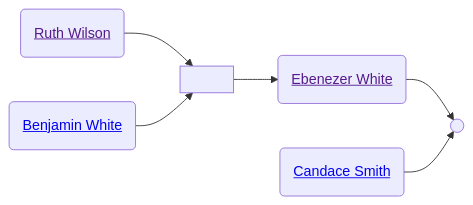
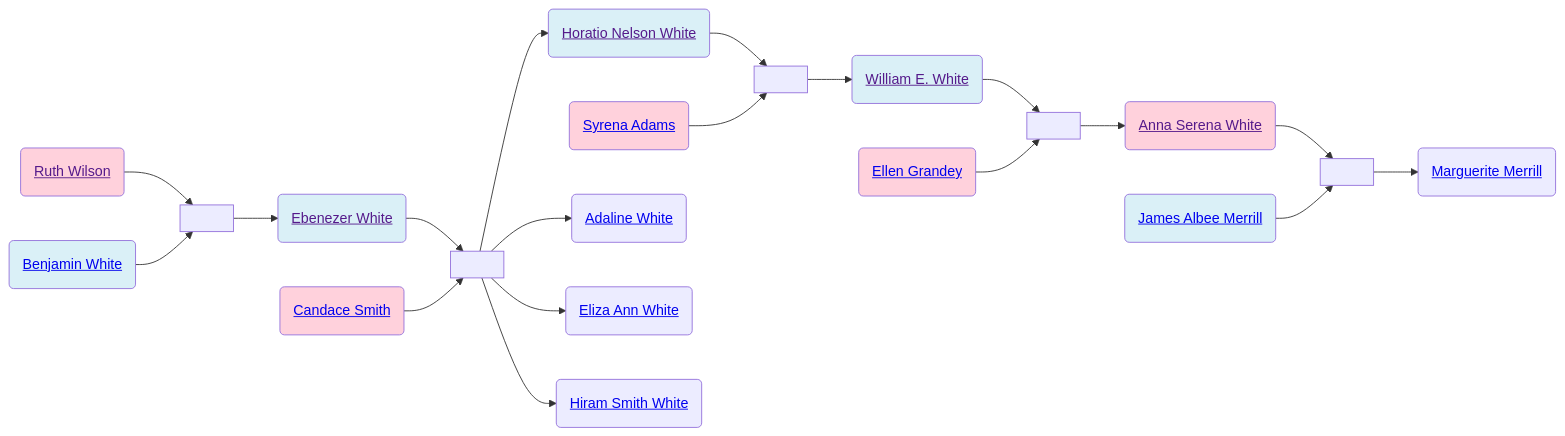
The diagram in familyhistory/sources/people/Merrill-line/White-line/Wilson-line/Ruth_Wilson.qmd (neelsmith/avocational), drawn with Mermaid before and after one commit. The commit also changed 91 other files, not shown here.

Commit message:
Rebuild descendant diagrams

````diff
--- a/familyhistory/sources/people/Merrill-line/White-line/Wilson-line/Ruth_Wilson.qmd
+++ b/familyhistory/sources/people/Merrill-line/White-line/Wilson-line/Ruth_Wilson.qmd
@@ -26,14 +26,47 @@
 ```{mermaid}
 graph LR
+%% LR descendant diagram
 class Ruth_Wilson_and_Benjamin_White marriage
 Ruth_Wilson(<a href=''>Ruth Wilson</>) --> Ruth_Wilson_and_Benjamin_White[ ]
 Benjamin_White(<a href='./../Benjamin_White.html'>Benjamin White</>) --> Ruth_Wilson_and_Benjamin_White(( ))
+class Benjamin_White father
+class Ruth_Wilson mother
 Ruth_Wilson_and_Benjamin_White[ ] --> Ebenezer_White(<a href='./../Ebenezer_White.html'>Ebenezer White</>)
 class Ebenezer_White_and_Candace_Smith marriage
 Ebenezer_White(<a href=''>Ebenezer White</>) --> Ebenezer_White_and_Candace_Smith[ ]
 Candace_Smith(<a href='./Candace-Smith-line/Candace_Smith.html'>Candace Smith</>) --> Ebenezer_White_and_Candace_Smith(( ))
+class Ebenezer_White father
+class Candace_Smith mother
+Ebenezer_White_and_Candace_Smith[ ] --> Horatio_Nelson_White(<a href='./Horatio_Nelson_White.html'>Horatio Nelson White</>)
+class Horatio_Nelson_White_and_Syrena_Adams marriage
+Horatio_Nelson_White(<a href=''>Horatio Nelson White</>) --> Horatio_Nelson_White_and_Syrena_Adams[ ]
+Syrena_Adams(<a href='./Syrena_Adams.html'>Syrena Adams</>) --> Horatio_Nelson_White_and_Syrena_Adams(( ))
+class Horatio_Nelson_White father
+class Syrena_Adams mother
+Horatio_Nelson_White_and_Syrena_Adams[ ] --> William_E._White(<a href='./William_E._White.html'>William E. White</>)
+class William_E._White_and_Ellen_Grandey marriage
+William_E._White(<a href=''>William E. White</>) --> William_E._White_and_Ellen_Grandey[ ]
+Ellen_Grandey(<a href='./../Grandey-line/Ellen_Grandey.html'>Ellen Grandey</>) --> William_E._White_and_Ellen_Grandey(( ))
+class William_E._White father
+class Ellen_Grandey mother
+William_E._White_and_Ellen_Grandey[ ] --> Anna_Serena_White(<a href='./Anna_Serena_White.html'>Anna Serena White</>)
+class Anna_Serena_White_and_James_Albee_Merrill marriage
+Anna_Serena_White(<a href=''>Anna Serena White</>) --> Anna_Serena_White_and_James_Albee_Merrill[ ]
+James_Albee_Merrill(<a href='./../James_Albee_Merrill.html'>James Albee Merrill</>) --> Anna_Serena_White_and_James_Albee_Merrill(( ))
+class James_Albee_Merrill father
+class Anna_Serena_White mother
+Anna_Serena_White_and_James_Albee_Merrill[ ] --> Marguerite_Merrill(<a href='./../Marguerite_Merrill.html'>Marguerite Merrill</>)
+class Ebenezer_White father
+class Candace_Smith mother
+Ebenezer_White_and_Candace_Smith[ ] --> Adaline_White(<a href='./Adaline_White.html'>Adaline White</>)
+class Ebenezer_White father
+class Candace_Smith mother
+Ebenezer_White_and_Candace_Smith[ ] --> Eliza_Ann_White(<a href='./Eliza_Ann_White.html'>Eliza Ann White</>)
+class Ebenezer_White father
+class Candace_Smith mother
+Ebenezer_White_and_Candace_Smith[ ] --> Hiram_Smith_White(<a href='./Hiram_Smith_White.html'>Hiram Smith White</>)
 classDef mother fill:#ffd1dc
 classDef father fill:#daf0f7  
 classDef marriage fill:#ffffff
 
 ```
````
